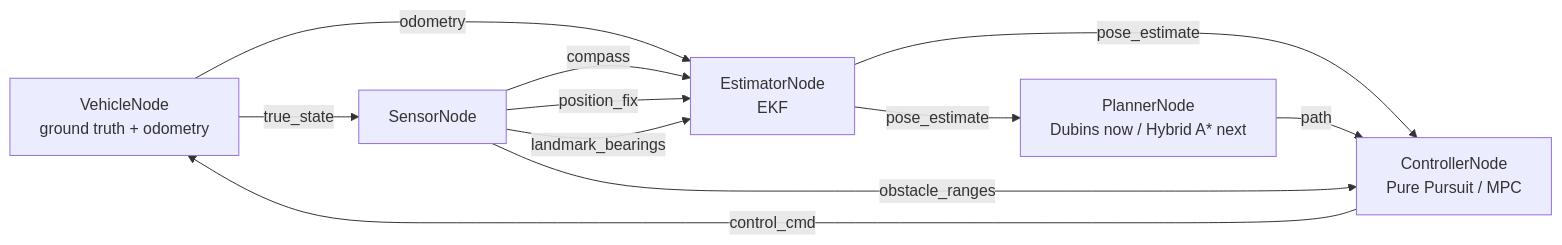
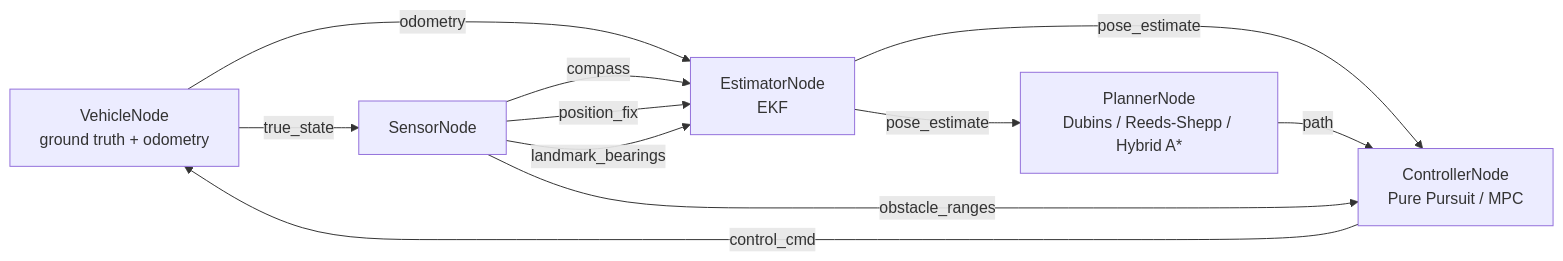
One commit to nkabra56/av-stack-sim changed the diagram in DESIGN.md. Above: the diagram before and after it, drawn with Mermaid. The commit also changed 1 other file, not shown here.

Commit message:
Add a rendered architecture diagram to the README
Mermaid flowchart of the parking-mode node graph (GitHub renders
Mermaid natively, no pre-rendered image needed), visually encoding the
ground-truth boundary that's the project's main architectural claim.
Also fixes a stale "Dubins now / Hybrid A* next" label in DESIGN.md's
own copy of this diagram -- both planners have been done for a while.

````diff
--- a/DESIGN.md
+++ b/DESIGN.md
@@ -37,13 +37,13 @@
 ```mermaid
 flowchart LR
     VN[VehicleNode<br/>ground truth + odometry] -- true_state --> SN[SensorNode]
     VN -- odometry --> EN[EstimatorNode<br/>EKF]
     SN -- compass --> EN
     SN -- position_fix --> EN
     SN -- landmark_bearings --> EN
-    EN -- pose_estimate --> PN[PlannerNode<br/>Dubins now / Hybrid A* next]
+    EN -- pose_estimate --> PN[PlannerNode<br/>Dubins / Reeds-Shepp / Hybrid A*]
     EN -- pose_estimate --> CN[ControllerNode<br/>Pure Pursuit / MPC]
     PN -- path --> CN
     SN -- obstacle_ranges --> CN
     CN -- control_cmd --> VN
 ```
````
